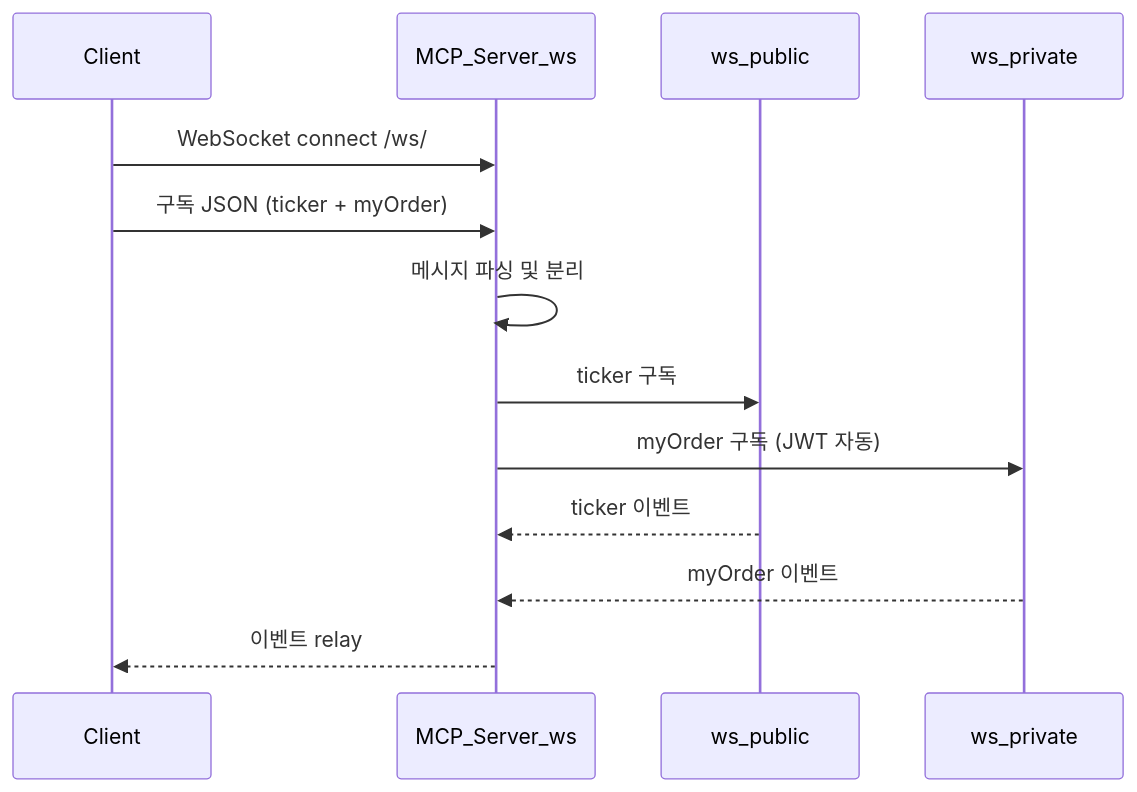
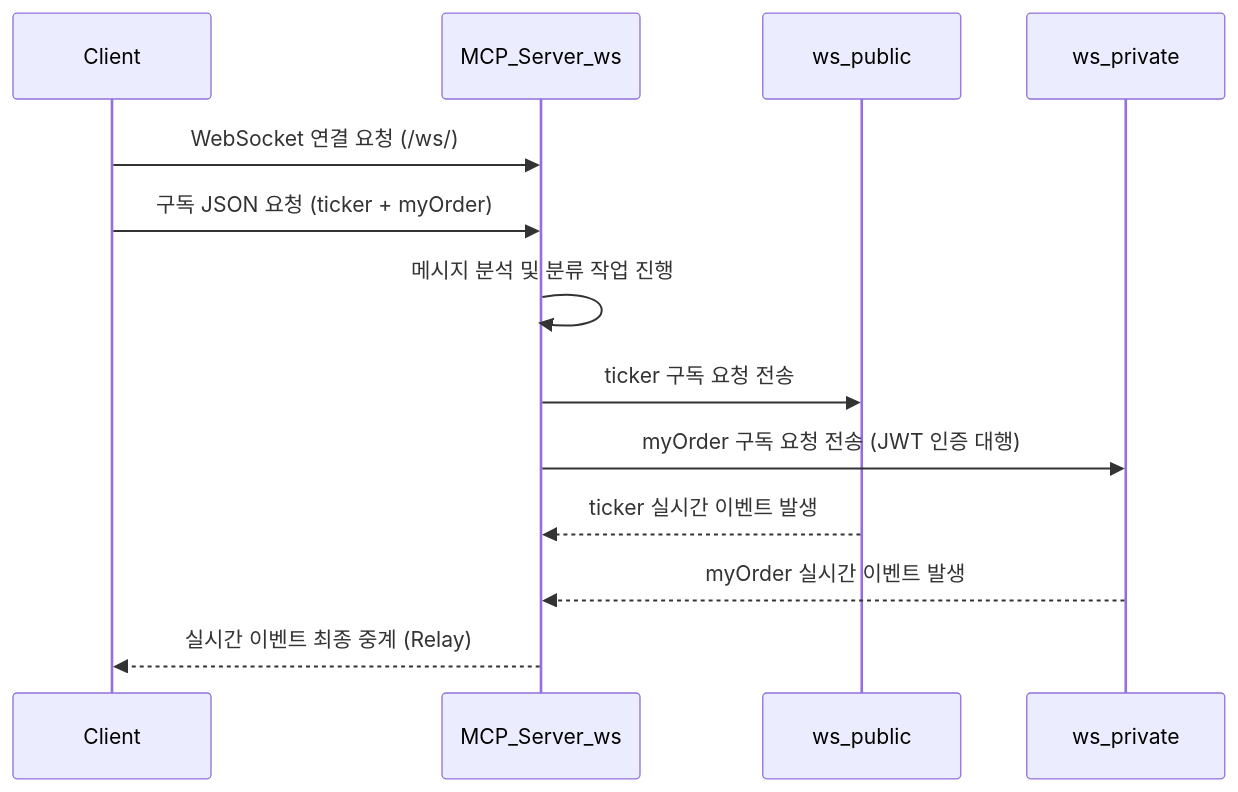
Before and after one commit to suapapa/upbit-bridge: the diagram in docs/ws_usage.md, drawn with Mermaid. The commit also changed other lines of this file and 5 other files, not shown here.

````diff
--- a/docs/ws_usage.md
+++ b/docs/ws_usage.md
@@ -285,16 +285,16 @@
 ```mermaid
 sequenceDiagram
     participant Client
     participant Gateway as MCP_Server_ws
     participant Public as ws_public
     participant Private as ws_private
 
-    Client->>Gateway: WebSocket connect /ws/
-    Client->>Gateway: 구독 JSON (ticker + myOrder)
-    Gateway->>Gateway: 메시지 파싱 및 분리
-    Gateway->>Public: ticker 구독
-    Gateway->>Private: myOrder 구독 (JWT 자동)
-    Public-->>Gateway: ticker 이벤트
-    Private-->>Gateway: myOrder 이벤트
-    Gateway-->>Client: 이벤트 relay
+    Client->>Gateway: WebSocket 연결 요청 (/ws/)
+    Client->>Gateway: 구독 JSON 요청 (ticker + myOrder)
+    Gateway->>Gateway: 메시지 분석 및 분류 작업 진행
+    Gateway->>Public: ticker 구독 요청 전송
+    Gateway->>Private: myOrder 구독 요청 전송 (JWT 인증 대행)
+    Public-->>Gateway: ticker 실시간 이벤트 발생
+    Private-->>Gateway: myOrder 실시간 이벤트 발생
+    Gateway-->>Client: 실시간 이벤트 최종 중계 (Relay)
 ```
````
